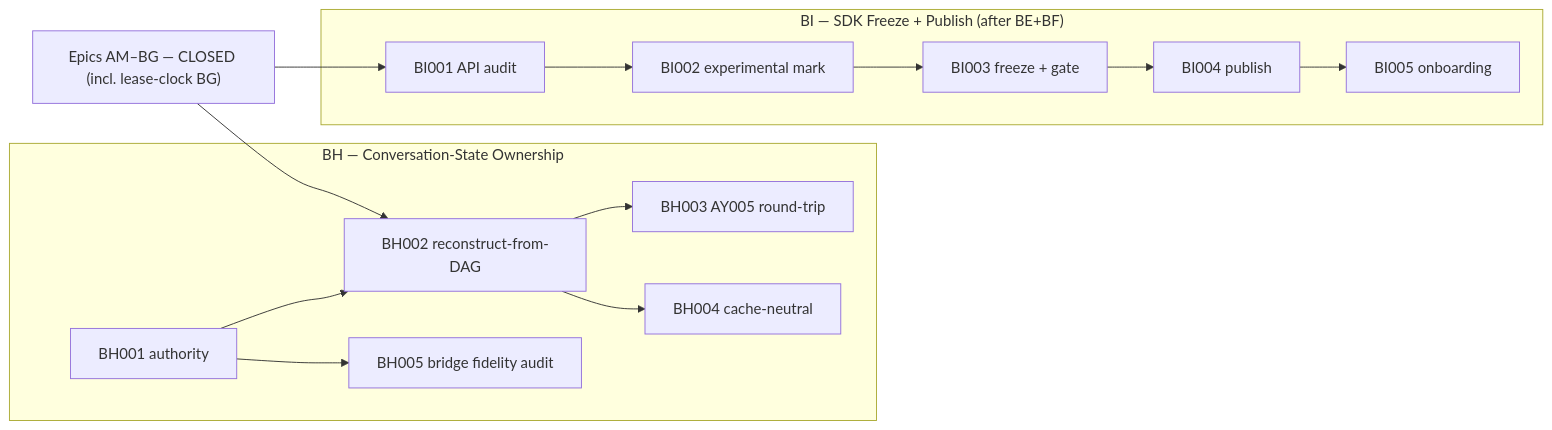
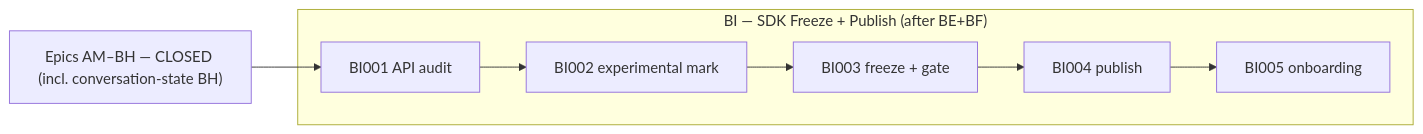
One commit to Tuvren/runtime changed the diagram in .constitution/tasks/critical-path.md. Above: the diagram before and after it, drawn with Mermaid. The commit also changed other lines of this file and 26 other files, not shown here.

First line of the commit message:
feat(epic-bh): conversation-state ownership hardening (KRT, ADR-053/ADR-055) (#86)

````diff
--- a/.constitution/tasks/critical-path.md
+++ b/.constitution/tasks/critical-path.md
@@ -91,18 +91,10 @@
 ```mermaid
 flowchart LR
-  priorClosed["Epics AM–BG — CLOSED (incl. lease-clock BG)"]
-
-  subgraph BH["BH — Conversation-State Ownership"]
-    BH1["BH001 authority"] --> BH2["BH002 reconstruct-from-DAG"]
-    BH2 --> BH3["BH003 AY005 round-trip"]
-    BH2 --> BH4["BH004 cache-neutral"]
-    BH1 --> BH5["BH005 bridge fidelity audit"]
-  end
+  priorClosed["Epics AM–BH — CLOSED (incl. conversation-state BH)"]
 
   subgraph BI["BI — SDK Freeze + Publish (after BE+BF)"]
     BI1["BI001 API audit"] --> BI2["BI002 experimental mark"] --> BI3["BI003 freeze + gate"] --> BI4["BI004 publish"] --> BI5["BI005 onboarding"]
   end
 
-  priorClosed --> BH2
   priorClosed --> BI1
 ```
````
